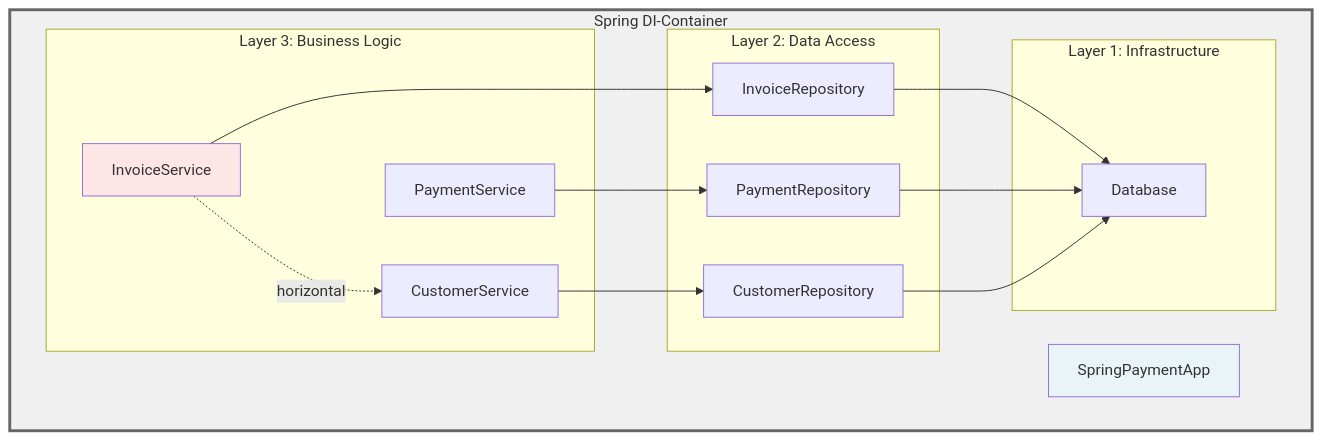
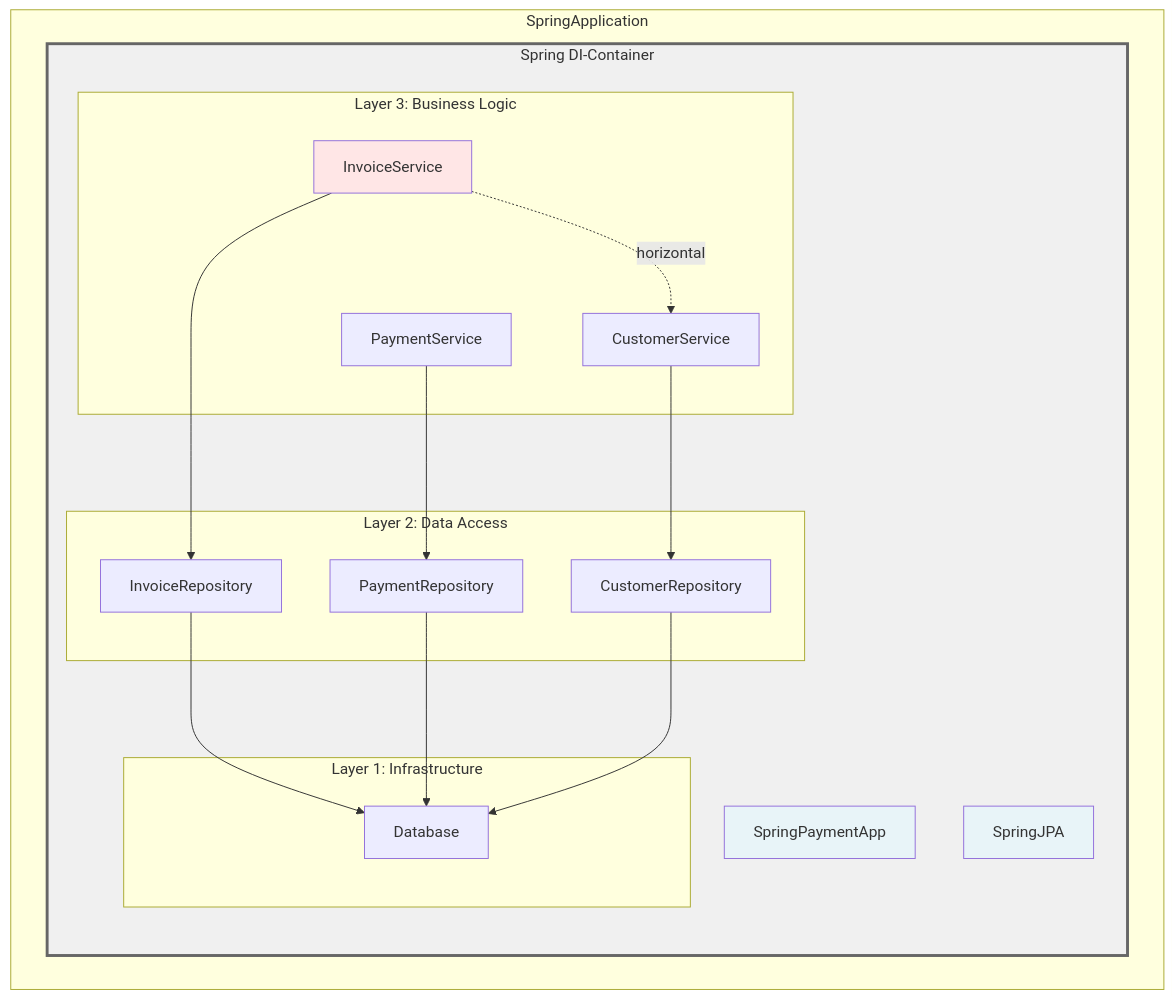
Before and after one commit to andreas-wagner-dev/object-oriented-learning-journey: the second of 4 diagrams in blog/_draft/000_notes.md, drawn with Mermaid. The commit also changed other lines of this file, not shown here.

````diff
--- a/blog/_draft/000_notes.md
+++ b/blog/_draft/000_notes.md
@@ -85,37 +95,44 @@
 ```mermaid
 graph TB
-    subgraph Container["Spring DI-Container"]
-        App[SpringPaymentApp]
-        
-        subgraph L3["Layer 3: Business Logic"]
-            Invoice[InvoiceService]
-            Payment[PaymentService]
-            Customer[CustomerService]
-        end
-        
-        subgraph L2["Layer 2: Data Access"]
-            InvoiceRepo[InvoiceRepository]
-            PaymentRepo[PaymentRepository]
-            CustomerRepo[CustomerRepository]
-        end
-        
-        subgraph L1["Layer 1: Infrastructure"]
-            DB[Database]
+
+    subgraph Spring["SpringApplication"]
+
+        subgraph Container["Spring DI-Container"]
+    
+            App[SpringPaymentApp]
+            ORM[SpringJPA]
+    
+            subgraph L3["Layer 3: Business Logic"]
+                Invoice[InvoiceService]
+                Payment[PaymentService]
+                Customer[CustomerService]
+            end
+            
+            subgraph L2["Layer 2: Data Access"]
+                InvoiceRepo[InvoiceRepository]
+                PaymentRepo[PaymentRepository]
+                CustomerRepo[CustomerRepository]
+            end
+            
+            subgraph L1["Layer 1: Infrastructure"]
+                DB[Database]
+            end
         end
     end
     
     Invoice --> InvoiceRepo
     Invoice -.->|horizontal| Customer
     
     Payment --> PaymentRepo
     
     Customer --> CustomerRepo
     
     InvoiceRepo --> DB
     PaymentRepo --> DB
     CustomerRepo --> DB
-    
+
+    style Invoice fill:#ffe6e6
     style App fill:#e8f4f8
-    style Invoice fill:#ffe6e6
+    style ORM fill:#e8f4f8
     style Container fill:#f0f0f0,stroke:#666,stroke-width:3px
 ```
````
